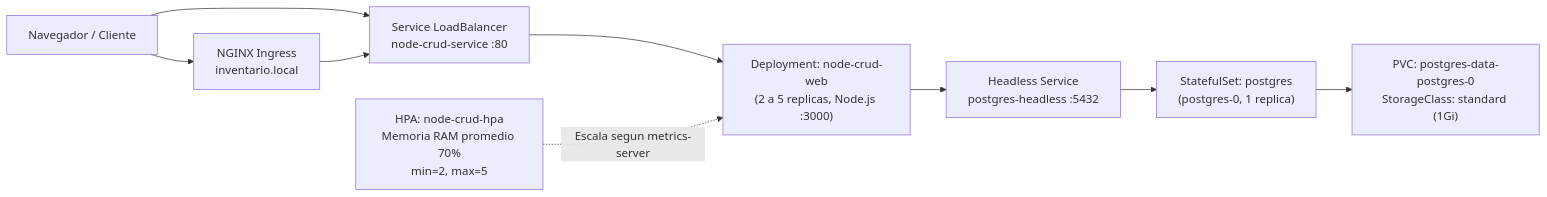
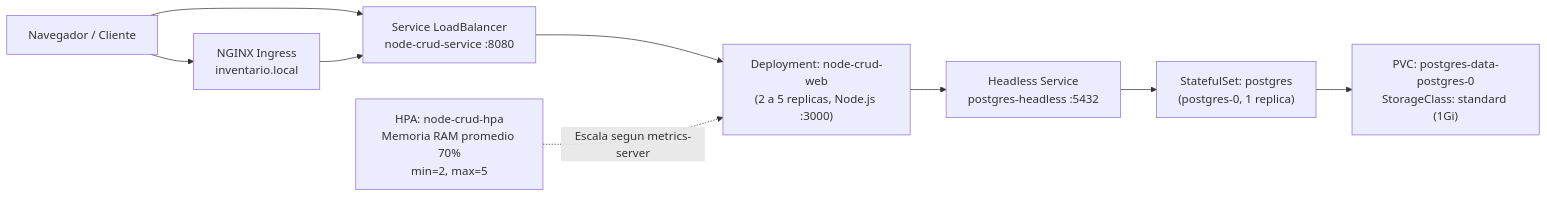
Before and after one commit to JuanjGarciav/final-sistemas-distribuidos: the diagram in README.md, drawn with Mermaid. The commit also changed other lines of this file and 4 other files, not shown here.

First line of the commit message:
fix(k8s): expose the LoadBalancer on port 8080 to avoid tunnel conflicts

````diff
--- a/README.md
+++ b/README.md
@@ -9,11 +9,11 @@
 ```mermaid
 flowchart LR
-  User["Navegador / Cliente"] --> LB["Service LoadBalancer\nnode-crud-service :80"]
+  User["Navegador / Cliente"] --> LB["Service LoadBalancer\nnode-crud-service :8080"]
   User --> Ing["NGINX Ingress\ninventario.local"]
   Ing --> LB
   LB --> Dep["Deployment: node-crud-web\n(2 a 5 replicas, Node.js :3000)"]
   HPA["HPA: node-crud-hpa\nMemoria RAM promedio 70%\nmin=2, max=5"] -. "Escala segun metrics-server" .-> Dep
   Dep --> Headless["Headless Service\npostgres-headless :5432"]
   Headless --> STS["StatefulSet: postgres\n(postgres-0, 1 replica)"]
   STS --> PVC["PVC: postgres-data-postgres-0\nStorageClass: standard (1Gi)"]
 ```
````
